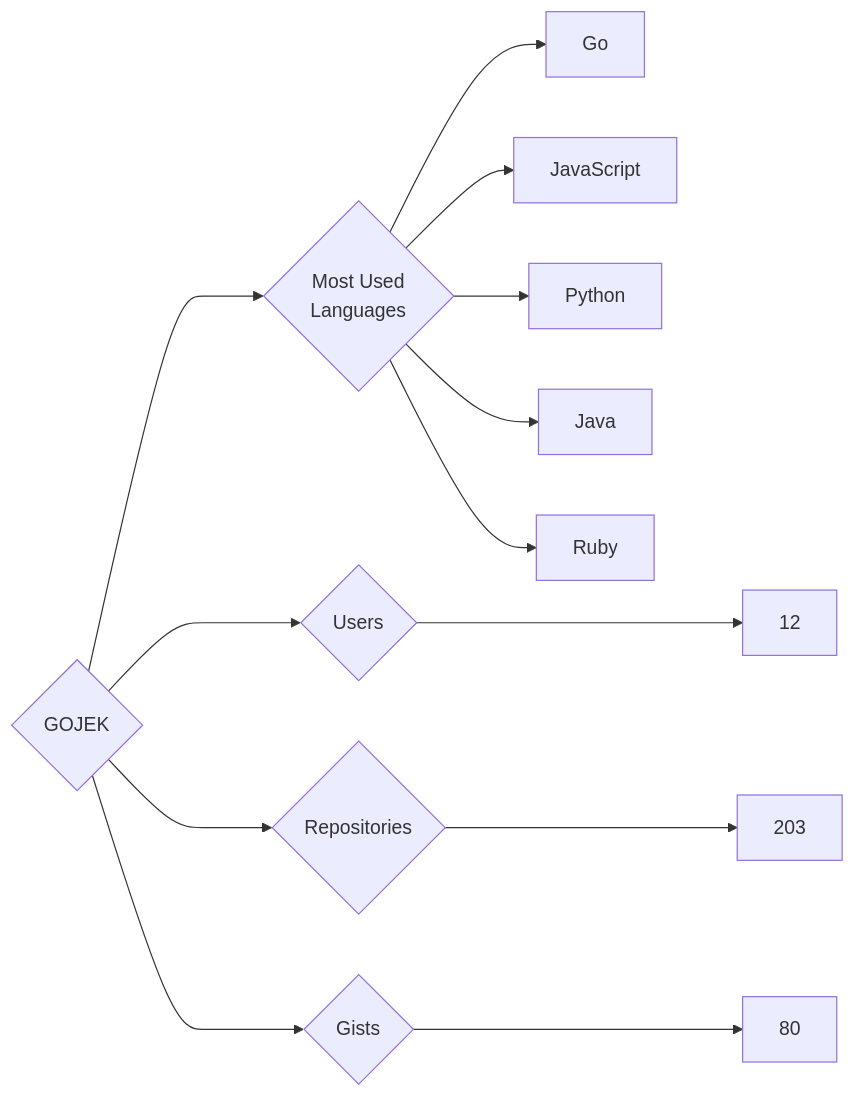
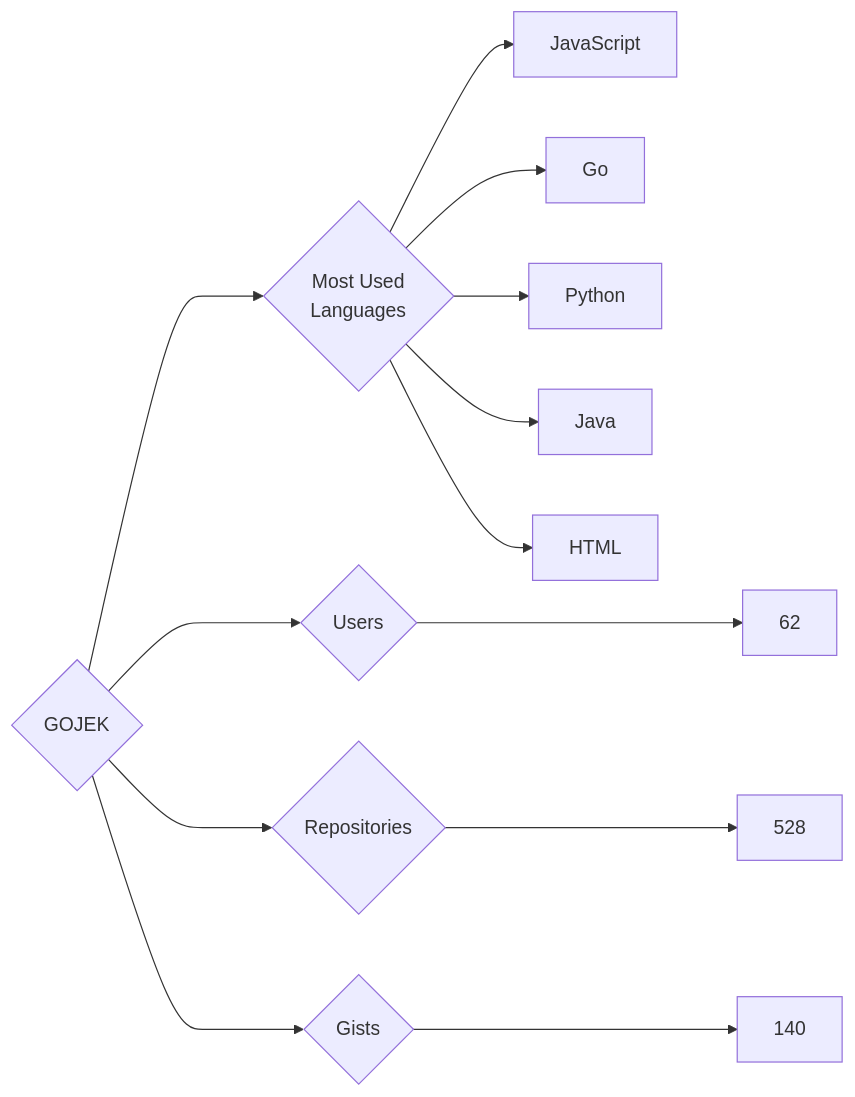
The diagram in targets/GOJEK/README.md (trickest/insiders), drawn with Mermaid before and after one commit. The commit also changed 633 other files, not shown here.

````diff
--- a/targets/GOJEK/README.md
+++ b/targets/GOJEK/README.md
@@ -3,13 +3,13 @@
 ```mermaid
 graph LR
 COMPANY_NAME{GOJEK}
-COMPANY_NAME ---> U{Users} ---> UN[12]
-COMPANY_NAME ---> R{Repositories} ---> RN[203]
-COMPANY_NAME ---> G{Gists} ---> GN[80]
+COMPANY_NAME ---> U{Users} ---> UN[62]
+COMPANY_NAME ---> R{Repositories} ---> RN[528]
+COMPANY_NAME ---> G{Gists} ---> GN[140]
 COMPANY_NAME ---> ML{Most Used<br>Languages}
+ML --> JavaScript[JavaScript]
 ML --> Go[Go]
-ML --> JavaScript[JavaScript]
 ML --> Python[Python]
 ML --> Java[Java]
-ML --> Ruby[Ruby]
+ML --> HTML[HTML]
 ```
````
